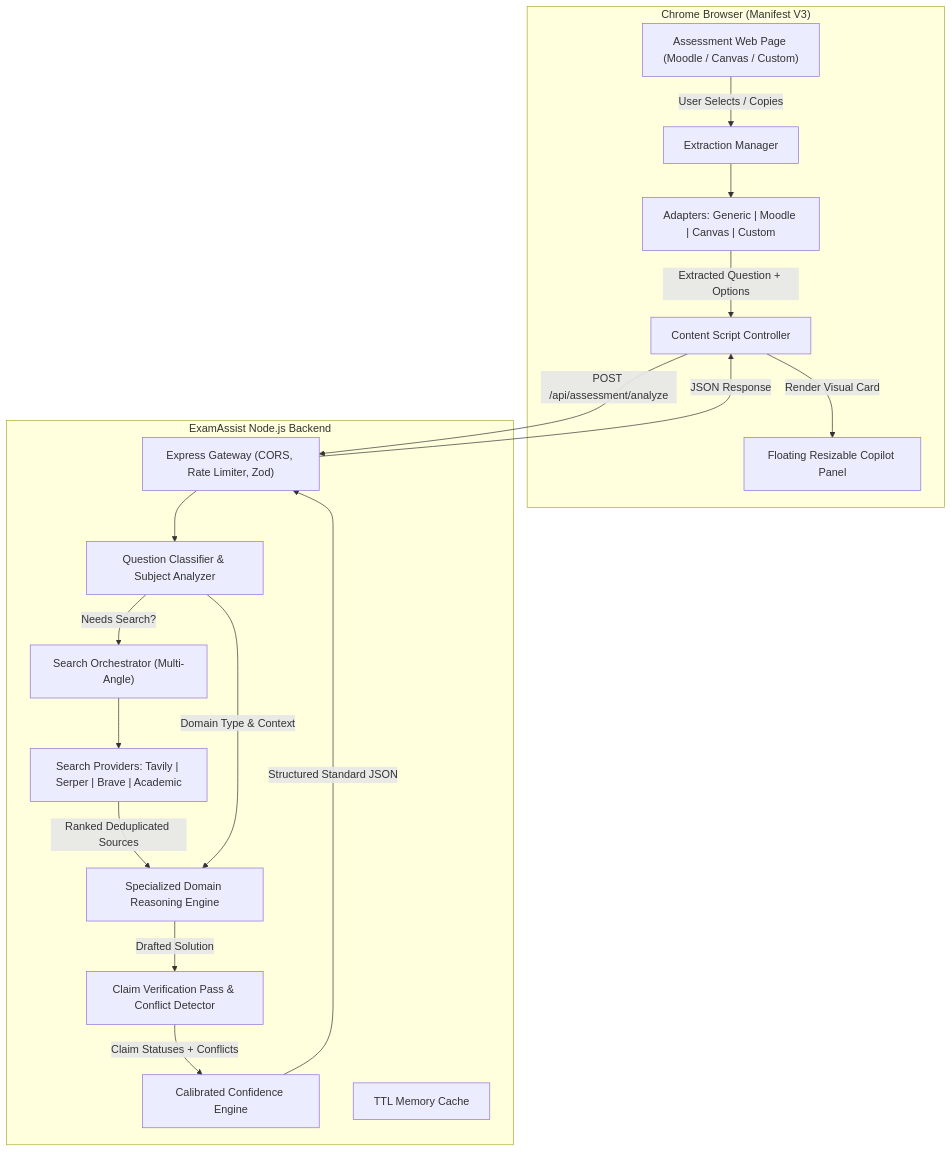
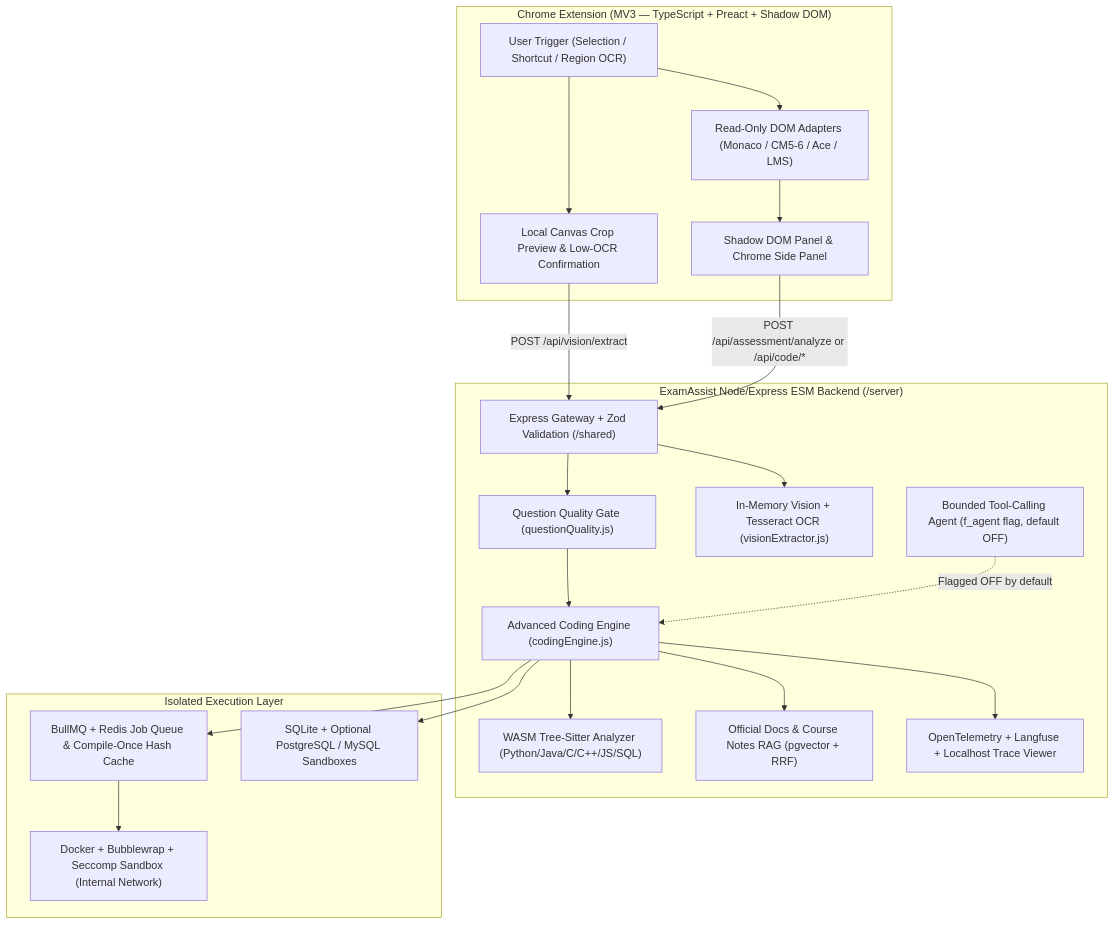
One commit to sathvikkasanagpttu/ExamAssist-AI changed the diagram in docs/ARCHITECTURE.md. Above: the diagram before and after it, drawn with Mermaid. The commit also changed other lines of this file and 12 other files, not shown here.

Commit message:
Docs & Deliverables: update README, ARCHITECTURE, API, SECURITY_AND_PRIVACY, ADAPTERS_GUIDE, EVAL_REPORT, and .env.example

````diff
--- a/docs/ARCHITECTURE.md
+++ b/docs/ARCHITECTURE.md
@@ -11,36 +9,42 @@
 ```mermaid
 flowchart TD
-    subgraph Browser ["Chrome Browser (Manifest V3)"]
-        Page["Assessment Web Page (Moodle / Canvas / Custom)"]
-        EM["Extraction Manager"]
-        Adapters["Adapters: Generic | Moodle | Canvas | Custom"]
-        UI["Floating Resizable Copilot Panel"]
-        CS["Content Script Controller"]
+    subgraph Extension ["Chrome Extension (MV3 — TypeScript + Preact + Shadow DOM)"]
+        Trigger["User Trigger (Selection / Shortcut / Region OCR)"]
+        Adapters["Read-Only DOM Adapters (Monaco / CM5-6 / Ace / LMS)"]
+        Preview["Local Canvas Crop Preview & Low-OCR Confirmation"]
+        Panel["Shadow DOM Panel & Chrome Side Panel"]
     end
 
-    subgraph Backend ["ExamAssist Node.js Backend"]
-        Gate["Express Gateway (CORS, Rate Limiter, Zod)"]
-        Classifier["Question Classifier & Subject Analyzer"]
-        SearchOrch["Search Orchestrator (Multi-Angle)"]
-        Providers["Search Providers: Tavily | Serper | Brave | Academic"]
-        ReasoningEng["Specialized Domain Reasoning Engine"]
-        Verifier["Claim Verification Pass & Conflict Detector"]
-        ConfEng["Calibrated Confidence Engine"]
-        Cache["TTL Memory Cache"]
+    subgraph Backend ["ExamAssist Node/Express ESM Backend (/server)"]
+        Gateway["Express Gateway + Zod Validation (/shared)"]
+        Quality["Question Quality Gate (questionQuality.js)"]
+        AST["WASM Tree-Sitter Analyzer (Python/Java/C/C++/JS/SQL)"]
+        CodingEng["Advanced Coding Engine (codingEngine.js)"]
+        DocsRAG["Official Docs & Course Notes RAG (pgvector + RRF)"]
+        Vision["In-Memory Vision + Tesseract OCR (visionExtractor.js)"]
+        Agent["Bounded Tool-Calling Agent (f_agent flag, default OFF)"]
+        OTel["OpenTelemetry + Langfuse + Localhost Trace Viewer"]
     end
 
-    Page -->|User Selects / Copies| EM
-    EM --> Adapters
-    Adapters -->|Extracted Question + Options| CS
-    CS -->|POST /api/assessment/analyze| Gate
-    Gate --> Classifier
-    Classifier -->|Needs Search?| SearchOrch
-    SearchOrch --> Providers
-    Providers -->|Ranked Deduplicated Sources| ReasoningEng
-    Classifier -->|Domain Type & Context| ReasoningEng
-    ReasoningEng -->|Drafted Solution| Verifier
-    Verifier -->|Claim Statuses + Conflicts| ConfEng
-    ConfEng -->|Structured Standard JSON| Gate
-    Gate -->|JSON Response| CS
-    CS -->|Render Visual Card| UI
+    subgraph Execution ["Isolated Execution Layer"]
+        Queue["BullMQ + Redis Job Queue & Compile-Once Hash Cache"]
+        Sandbox["Docker + Bubblewrap + Seccomp Sandbox (Internal Network)"]
+        SQLBox["SQLite + Optional PostgreSQL / MySQL Sandboxes"]
+    end
+
+    Trigger --> Adapters
+    Trigger --> Preview
+    Adapters --> Panel
+    Preview -->|POST /api/vision/extract| Gateway
+    Panel -->|POST /api/assessment/analyze or /api/code/*| Gateway
+    Gateway --> Quality
+    Gateway --> Vision
+    Quality --> CodingEng
+    CodingEng --> AST
+    CodingEng --> DocsRAG
+    CodingEng --> Queue
+    Queue --> Sandbox
+    CodingEng --> SQLBox
+    CodingEng --> OTel
+    Agent -.->|Flagged OFF by default| CodingEng
 ```
````
